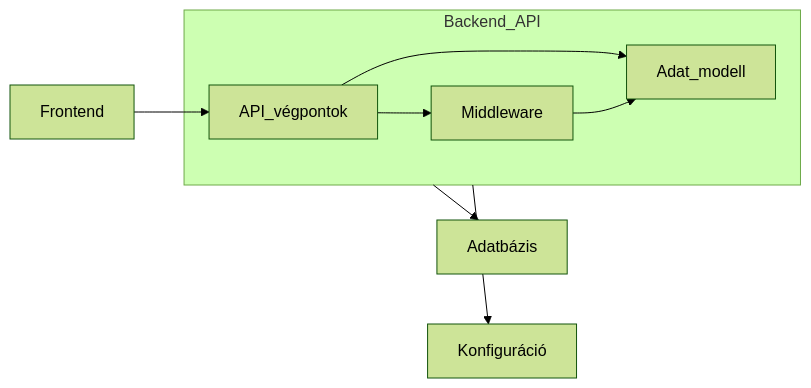
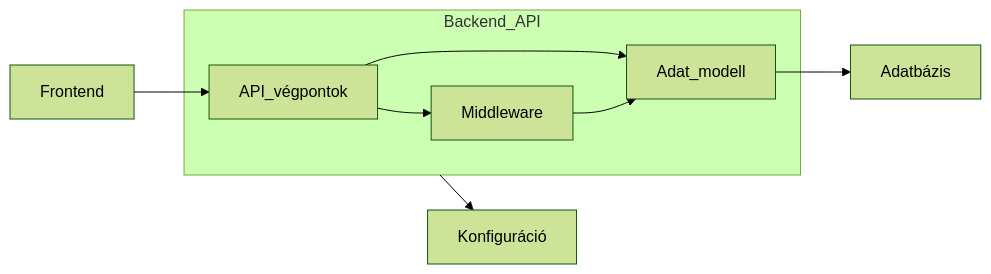
One commit to BlokOfWood/EntertainmentTracker changed the first of 2 diagrams in rendszerterv.md. Above: the diagram before and after it, drawn with Mermaid (forest theme).

Commit message:
Architektúrális ábra javítása

````diff
--- a/rendszerterv.md
+++ b/rendszerterv.md
@@ -98,11 +98,11 @@
 ```mermaid
 graph LR
     subgraph Backend_API
         API_végpontok --> Middleware
         API_végpontok --> Adat_modell
         Middleware --> Adat_modell
     end
     Frontend --> API_végpontok
-    Backend_API --> Adatbázis
+    Adat_modell --> Adatbázis
     Backend_API --> Konfiguráció
 ```
````
